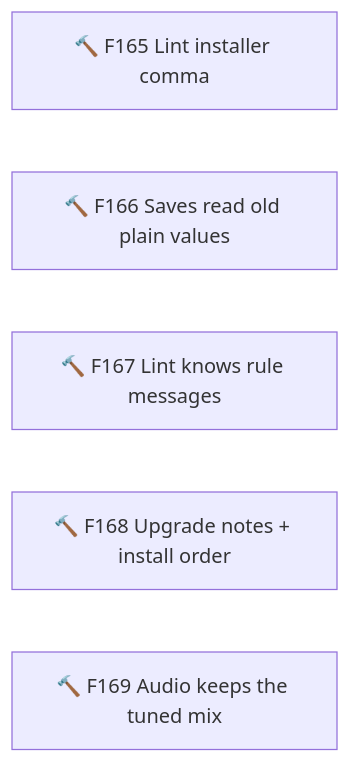
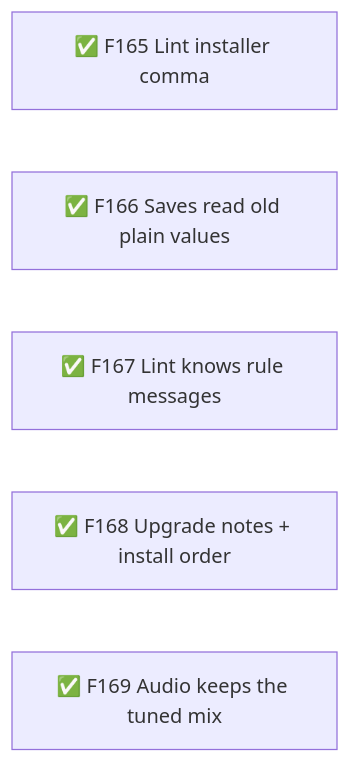
Before and after one commit to TheBlueMuzzy/framework: diagram 30 of 30 in .planning/ROADMAP.md, drawn with Mermaid. The commit also changed other lines of this file and 2 other files, not shown here.

Commit message:
v0.32 deliver prep: notes, ROADMAP ✅, STATE, security reviewed 5e539f7

````diff
--- a/.planning/ROADMAP.md
+++ b/.planning/ROADMAP.md
@@ -475,8 +475,8 @@
 ```mermaid
 flowchart LR
-  F165[🔨 F165 Lint installer comma]
-  F166[🔨 F166 Saves read old plain values]
-  F167[🔨 F167 Lint knows rule messages]
-  F168[🔨 F168 Upgrade notes + install order]
-  F169[🔨 F169 Audio keeps the tuned mix]
+  F165[✅ F165 Lint installer comma]
+  F166[✅ F166 Saves read old plain values]
+  F167[✅ F167 Lint knows rule messages]
+  F168[✅ F168 Upgrade notes + install order]
+  F169[✅ F169 Audio keeps the tuned mix]
 ```
````
